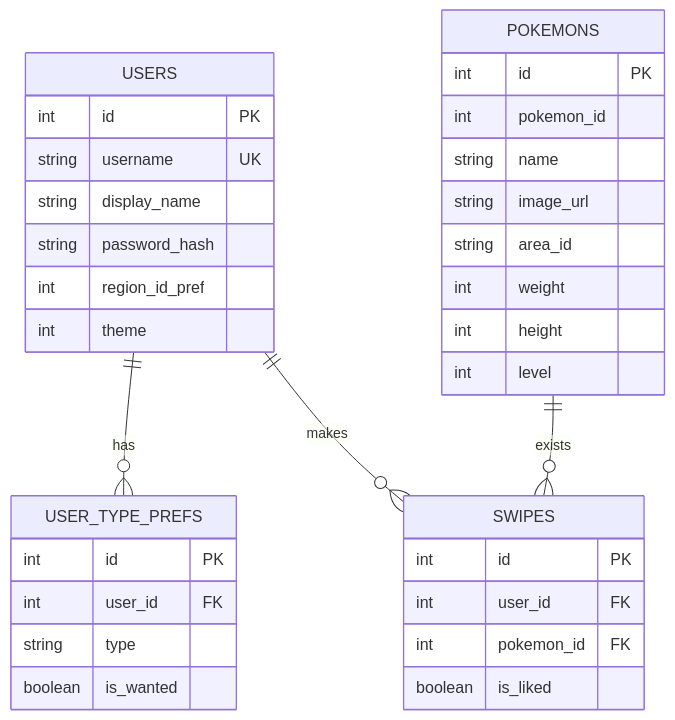
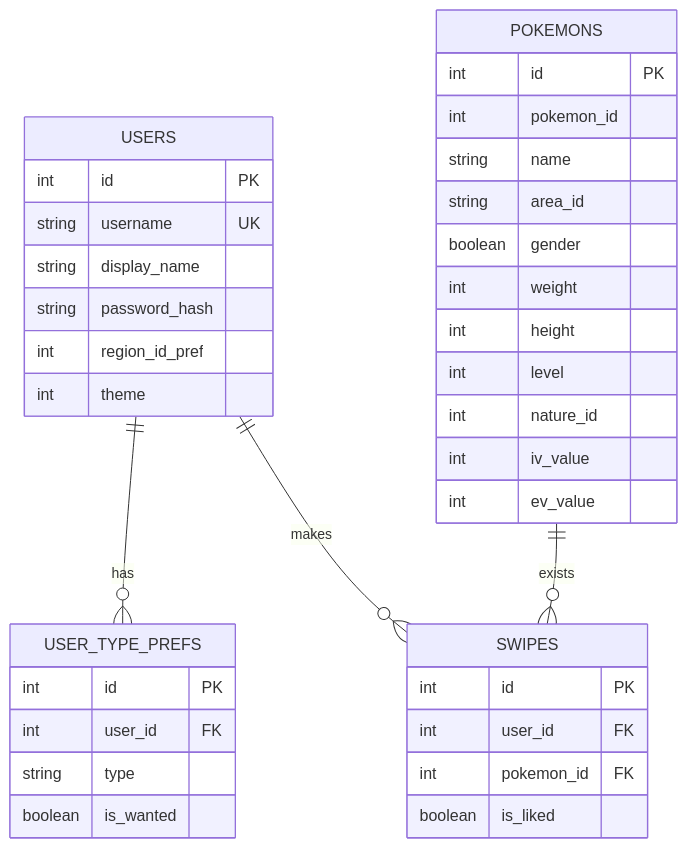
The second of 3 diagrams in README.md (hauglandvegard/DexMatch), drawn with Mermaid before and after one commit. The commit also changed other lines of this file, not shown here.

Commit message:
Updated README.md - Added some stats to the POKEMONS table - Added some future imrpovements

````diff
--- a/README.md
+++ b/README.md
@@ -123,40 +123,43 @@
 ```mermaid
 erDiagram
     USERS {
         int id PK
         string username UK
         string display_name
         string password_hash
         int region_id_pref
         int theme
     }
     
     USER_TYPE_PREFS {
         int id PK
         int user_id FK
         string type
         boolean is_wanted
     }
     
     POKEMONS {
         int id PK          
         int pokemon_id
         string name
-        string image_url
         string area_id
+        boolean gender
         int weight
         int height
         int level
+        int nature_id
+        int iv_value
+        int ev_value
     }
     
     SWIPES {
         int id PK
         int user_id FK
         int pokemon_id FK
         boolean is_liked
     }
     
     USERS ||--o{ USER_TYPE_PREFS: has
     USERS ||--o{ SWIPES: makes
     POKEMONS ||--o{ SWIPES: exists
 ```
````
